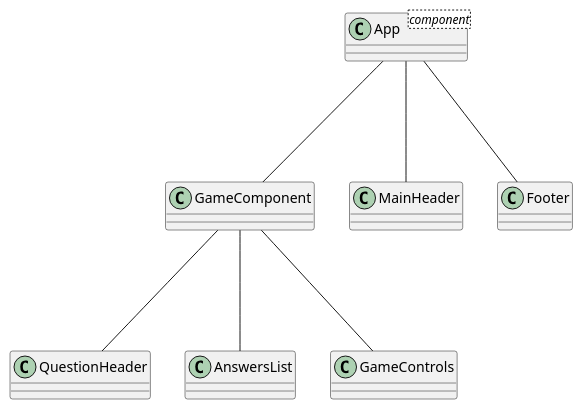
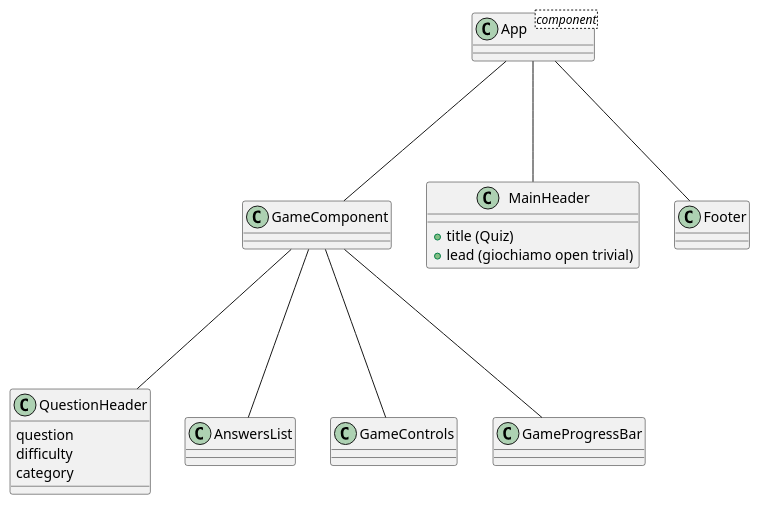
The diagram in angular_quiz.component.puml (corsidrive/quiz_layout_and_project), drawn with PlantUML before and after one commit. The commit also changed 2 other files, not shown here.

Commit message:
aggiornato schema uml

```diff
--- a/angular_quiz.component.puml
+++ b/angular_quiz.component.puml
@@ -1,13 +1,23 @@
 @startuml
 
   App --- GameComponent
   App --- MainHeader
   App --- Footer
 
   GameComponent --- QuestionHeader 
   GameComponent --- AnswersList
   GameComponent --- GameControls
+  GameComponent --- GameProgressBar
 
   class App <component> {}
-  
+  class MainHeader {
+    +title (Quiz)
+    +lead (giochiamo open trivial)
+  }
+
+  class QuestionHeader {
+    question
+    difficulty
+    category
+  }
 @enduml
```
